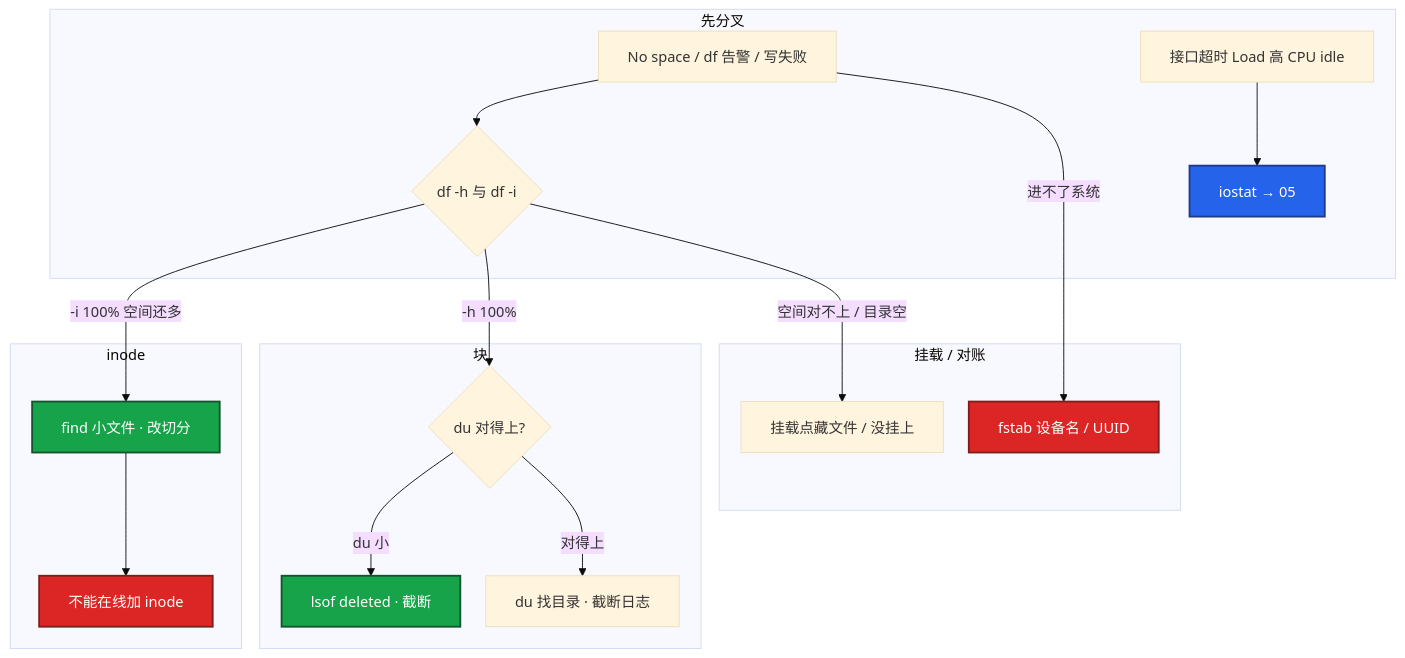
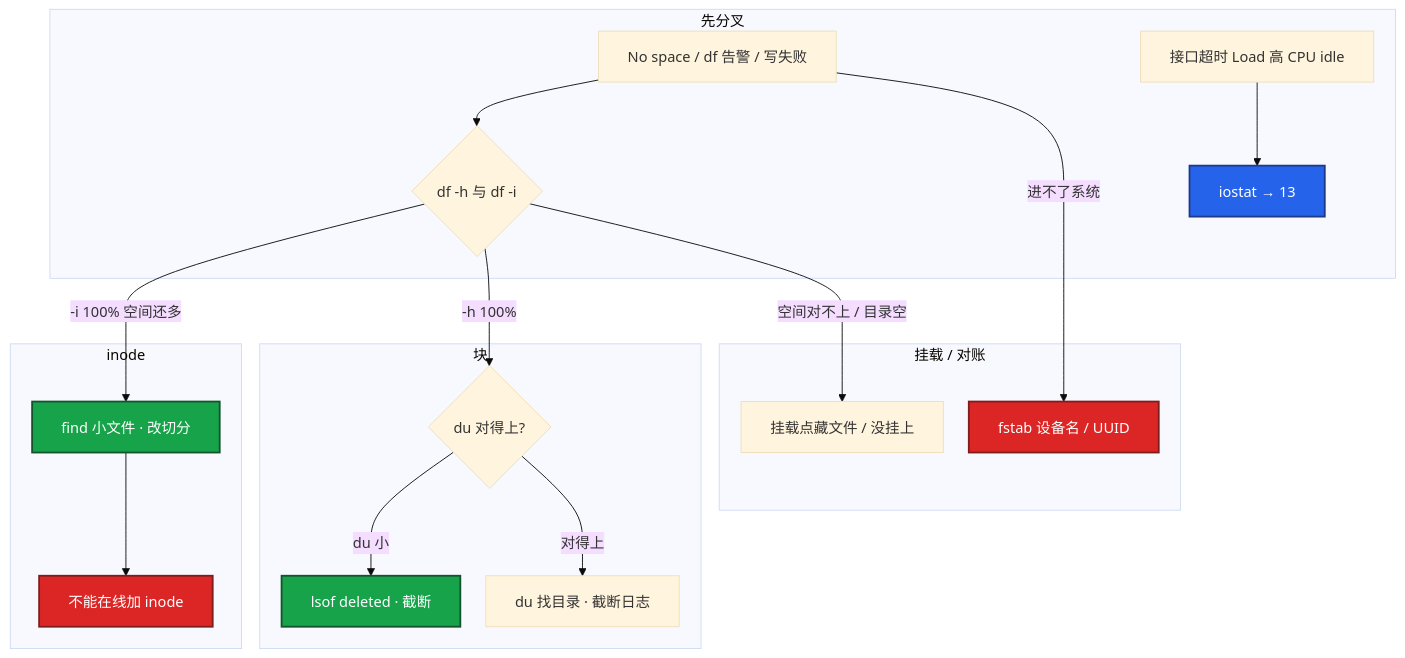
Before and after one commit to ml-cuizijun/LearnToLilith: the sixth of 6 diagrams in 01-基础底座/09-文件系统与inode/知识点.md, drawn with Mermaid. The commit also changed other lines of this file and 56 other files, not shown here.

````diff
--- a/01-基础底座/09-文件系统与inode/知识点.md
+++ b/01-基础底座/09-文件系统与inode/知识点.md
@@ -986,31 +986,31 @@
 ```mermaid
 %%{init: {"flowchart": {"padding": 16, "nodeSpacing": 28, "rankSpacing": 48}, "theme": "base"}}%%
 flowchart TB
     subgraph gate ["先分叉"]
         A["No space / df 告警 / 写失败"] --> B{"df -h 与 df -i"}
-        A2["接口超时 Load 高 CPU idle"] --> IO["iostat → 05"]
+        A2["接口超时 Load 高 CPU idle"] --> IO["iostat → 13"]
     end
 
     subgraph inode ["inode"]
         B -->|-i 100% 空间还多| C[find 小文件 · 改切分]
         C --> D[不能在线加 inode]
     end
 
     subgraph block ["块"]
         B -->|-h 100%| E{du 对得上?}
         E -->|du 小| F[lsof deleted · 截断]
         E -->|对得上| G[du 找目录 · 截断日志]
     end
 
     subgraph mnt ["挂载 / 对账"]
         B -->|空间对不上 / 目录空| H[挂载点藏文件 / 没挂上]
         A -->|进不了系统| I[fstab 设备名 / UUID]
     end
 
     classDef bad fill:#DC2626,stroke:#7F1D1D,stroke-width:2px,color:#fff
     classDef ok fill:#16A34A,stroke:#14532D,stroke-width:2px,color:#fff
     classDef io fill:#2563EB,stroke:#1E3A8A,stroke-width:2px,color:#fff
     class D,I bad
     class F,C ok
     class IO io
 ```
````
